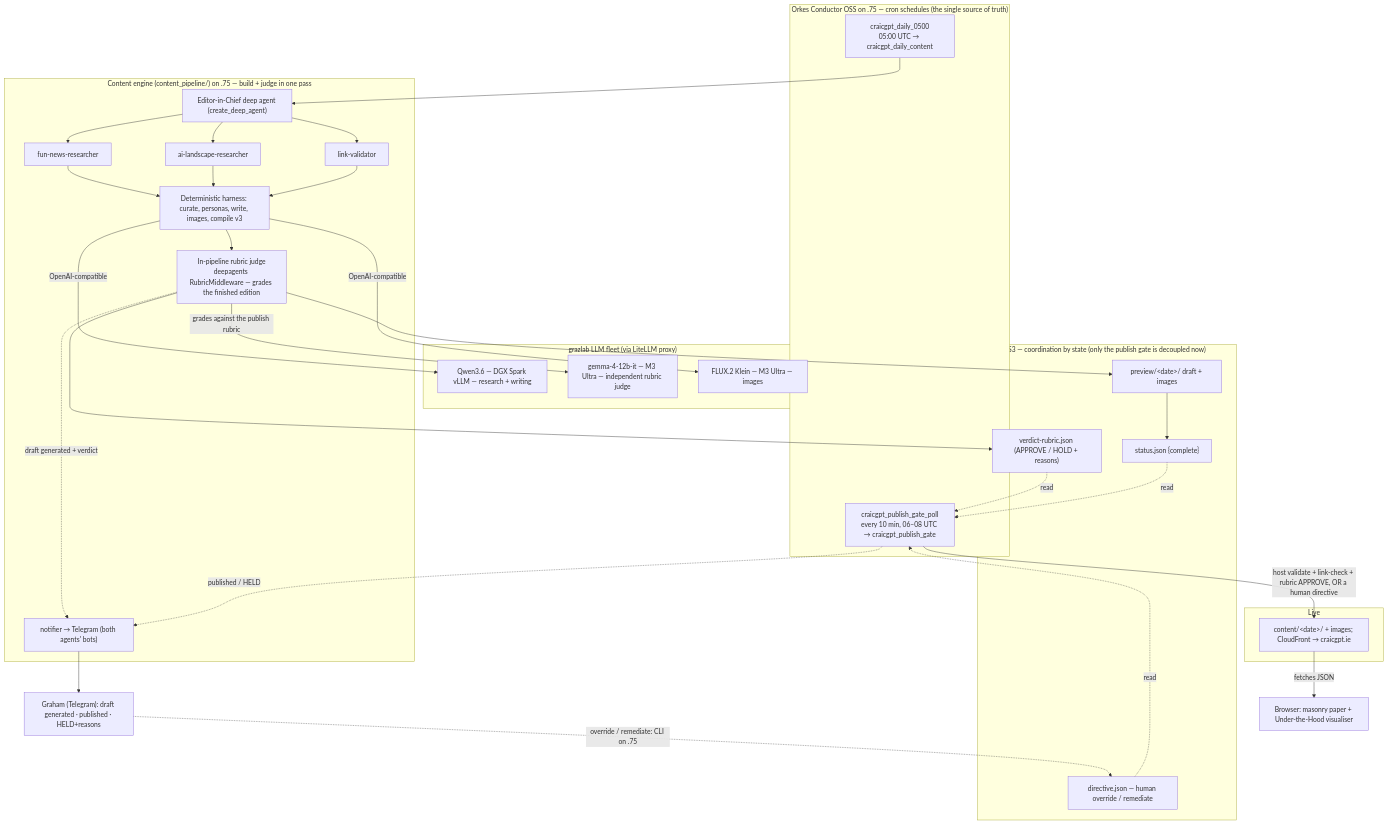
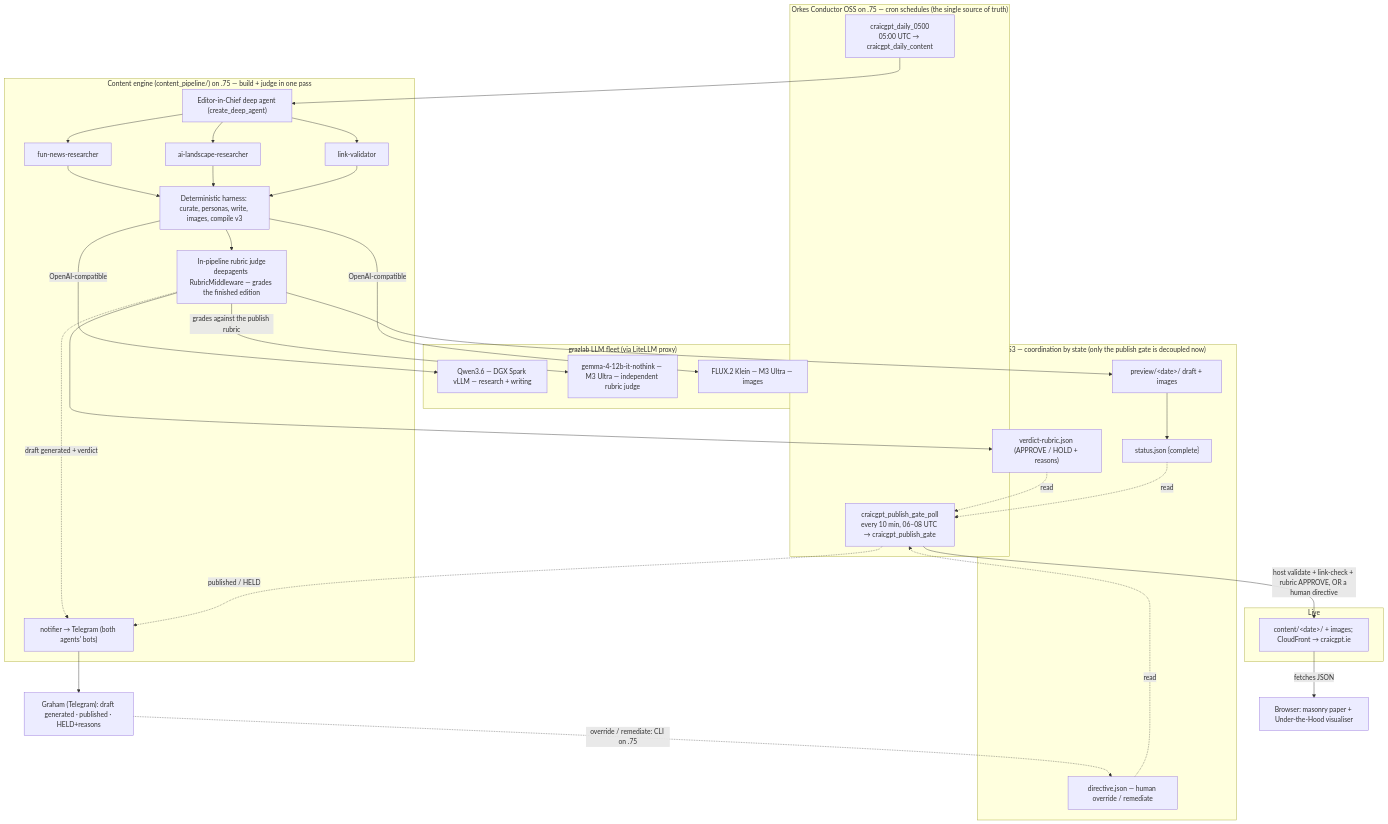
One commit to allthingsclowd/craicgpt.ie changed the first of 2 diagrams in README.md. Above: the diagram before and after it, drawn with Mermaid. The commit also changed other lines of this file and 3 other files, not shown here.

First line of the commit message:
fix(review): point the rubric judge at the reasoning-disabled gemma route

````diff
--- a/README.md
+++ b/README.md
@@ -62,52 +62,52 @@
 ```mermaid
 flowchart TD
     subgraph Schedule["Orkes Conductor OSS on .75 — cron schedules (the single source of truth)"]
         T1["craicgpt_daily_0500<br/>05:00 UTC → craicgpt_daily_content"]
         T2["craicgpt_publish_gate_poll<br/>every 10 min, 06–08 UTC → craicgpt_publish_gate"]
     end
 
     subgraph Engine["Content engine (content_pipeline/) on .75 — build + judge in one pass"]
         AGENT["Editor-in-Chief deep agent (create_deep_agent)"]
         SUB1["fun-news-researcher"]
         SUB2["ai-landscape-researcher"]
         SUB3["link-validator"]
         CUR["Deterministic harness: curate, personas, write, images, compile v3"]
         JUDGE["In-pipeline rubric judge<br/>deepagents RubricMiddleware — grades the finished edition"]
         NOTIFY["notifier → Telegram (both agents' bots)"]
         AGENT --> SUB1 & SUB2 & SUB3 --> CUR --> JUDGE
     end
 
     subgraph Fleet["grazlab LLM fleet (via LiteLLM proxy)"]
         QWEN["Qwen3.6 — DGX Spark vLLM — research + writing"]
-        GEMMA["gemma-4-12b-it — M3 Ultra — independent rubric judge"]
+        GEMMA["gemma-4-12b-it-nothink — M3 Ultra — independent rubric judge"]
         FLUX["FLUX.2 Klein — M3 Ultra — images"]
     end
 
     subgraph S3["S3 — coordination by state (only the publish gate is decoupled now)"]
         DRAFT["preview/&lt;date&gt;/ draft + images"]
         STATUS["status.json {complete}"]
         VRUB["verdict-rubric.json (APPROVE / HOLD + reasons)"]
         DIR["directive.json — human override / remediate"]
     end
 
     subgraph Publish["Live"]
         LIVE["content/&lt;date&gt;/ + images; CloudFront → craicgpt.ie"]
     end
 
     GRAHAM["Graham (Telegram): draft generated · published · HELD+reasons"]
 
     T1 --> AGENT
     CUR -->|OpenAI-compatible| QWEN & FLUX
     JUDGE -->|grades against the publish rubric| GEMMA
     JUDGE --> DRAFT --> STATUS
     JUDGE --> VRUB
     NOTIFY --> GRAHAM
     JUDGE -.draft generated + verdict.-> NOTIFY
     GRAHAM -.->|override / remediate: CLI on .75| DIR
     VRUB -.read.-> T2
     STATUS -.read.-> T2
     DIR -.read.-> T2
     T2 -->|host validate + link-check + rubric APPROVE, OR a human directive| LIVE
     T2 -.published / HELD.-> NOTIFY
     LIVE -->|fetches JSON| WEB["Browser: masonry paper + Under-the-Hood visualiser"]
 ```
````
